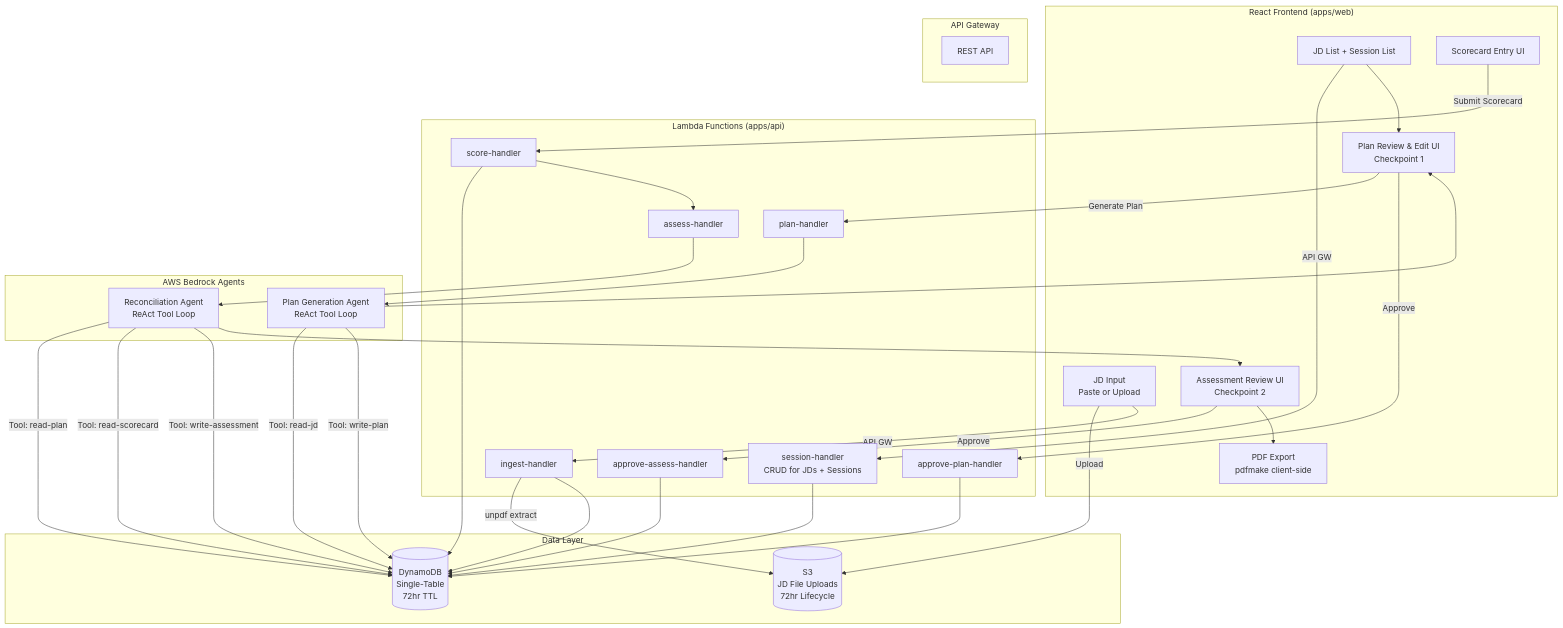
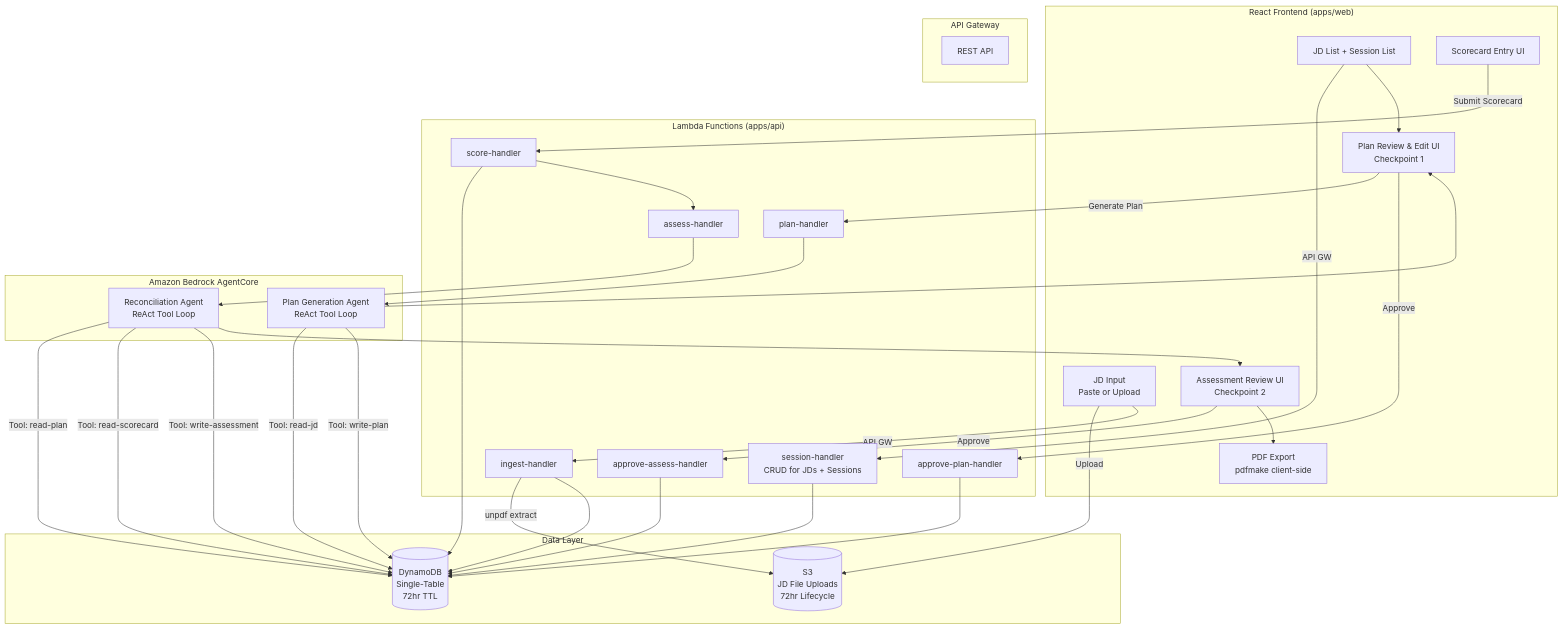
Before and after one commit to mwarman/interview-forge: the first of 2 diagrams in docs/PROJECT_OVERVIEW.md, drawn with Mermaid. The commit also changed other lines of this file and 56 other files, not shown here.

Commit message:
feat: migrate from Amazon Bedrock Agents Classic to AgentCore

````diff
--- a/docs/PROJECT_OVERVIEW.md
+++ b/docs/PROJECT_OVERVIEW.md
@@ -106,61 +106,61 @@
 ```mermaid
 flowchart TD
     subgraph Web["React Frontend (apps/web)"]
         A[JD Input\nPaste or Upload]
         B[JD List + Session List]
         C[Plan Review & Edit UI\nCheckpoint 1]
         D[Scorecard Entry UI]
         E[Assessment Review UI\nCheckpoint 2]
         F[PDF Export\npdfmake client-side]
     end
 
     subgraph APIGW["API Gateway"]
         GW[REST API]
     end
 
     subgraph Lambda["Lambda Functions (apps/api)"]
         L1[ingest-handler]
         L2[plan-handler]
         L3[approve-plan-handler]
         L4[score-handler]
         L5[assess-handler]
         L6[approve-assess-handler]
         L7[session-handler\nCRUD for JDs + Sessions]
     end
 
-    subgraph Agent["AWS Bedrock Agents"]
+    subgraph Agent["Amazon Bedrock AgentCore"]
         AG1[Plan Generation Agent\nReAct Tool Loop]
         AG2[Reconciliation Agent\nReAct Tool Loop]
     end
 
     subgraph Data["Data Layer"]
         DB[(DynamoDB\nSingle-Table\n72hr TTL)]
         S3[(S3\nJD File Uploads\n72hr Lifecycle)]
     end
 
     A -->|Upload| S3
     A -->|API GW| L1
     L1 -->|unpdf extract| S3
     L1 --> DB
     B -->|API GW| L7
     L7 --> DB
     B --> C
     C -->|Generate Plan| L2
     L2 --> AG1
     AG1 -->|Tool: read-jd| DB
     AG1 -->|Tool: write-plan| DB
     AG1 --> C
     C -->|Approve| L3
     L3 --> DB
     D -->|Submit Scorecard| L4
     L4 --> DB
     L4 --> L5
     L5 --> AG2
     AG2 -->|Tool: read-plan| DB
     AG2 -->|Tool: read-scorecard| DB
     AG2 -->|Tool: write-assessment| DB
     AG2 --> E
     E -->|Approve| L6
     L6 --> DB
     E --> F
 ```
````
